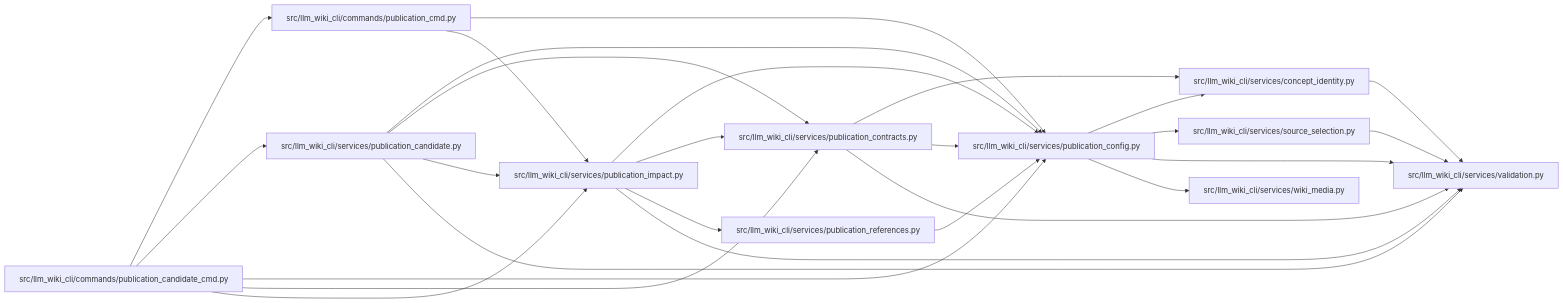
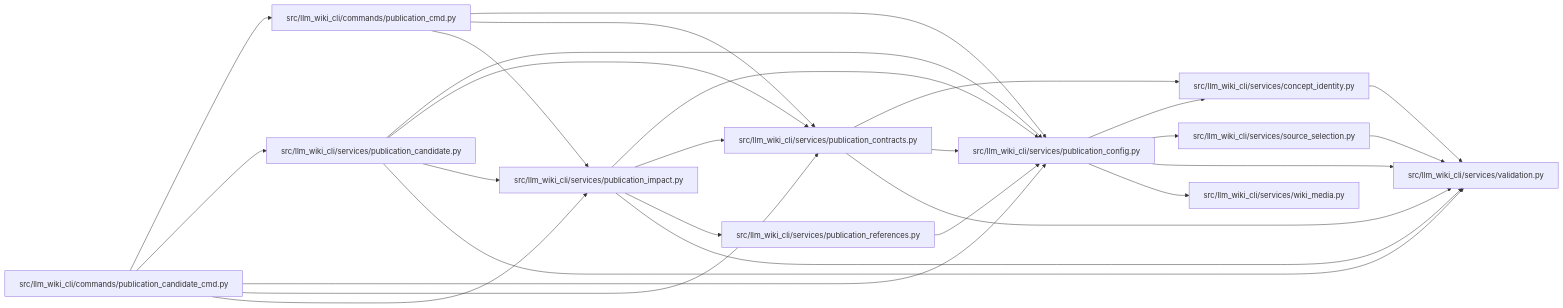
Before and after one commit to Denissvgn/python-wiki-llm: the diagram in docs/llm_wiki/modules/publication_config.md, drawn with Mermaid. The commit also changed 218 other files, not shown here.

````diff
--- a/docs/llm_wiki/modules/publication_config.md
+++ b/docs/llm_wiki/modules/publication_config.md
@@ -36,50 +36,51 @@
 ```mermaid
 flowchart LR
     n0["src/llm_wiki_cli/commands/publication_candidate_cmd.py"]
     n1["src/llm_wiki_cli/commands/publication_cmd.py"]
     n2["src/llm_wiki_cli/services/concept_identity.py"]
     n3["src/llm_wiki_cli/services/publication_candidate.py"]
     n4["src/llm_wiki_cli/services/publication_config.py"]
     n5["src/llm_wiki_cli/services/publication_contracts.py"]
     n6["src/llm_wiki_cli/services/publication_impact.py"]
     n7["src/llm_wiki_cli/services/publication_references.py"]
     n8["src/llm_wiki_cli/services/source_selection.py"]
     n9["src/llm_wiki_cli/services/validation.py"]
     n10["src/llm_wiki_cli/services/wiki_media.py"]
     n0 --> n1
     n0 --> n3
     n0 --> n4
     n0 --> n5
     n0 --> n6
     n1 --> n4
+    n1 --> n5
     n1 --> n6
     n2 --> n9
     n3 --> n4
     n3 --> n5
     n3 --> n6
     n3 --> n9
     n4 --> n2
     n4 --> n8
     n4 --> n9
     n4 --> n10
     n5 --> n2
     n5 --> n4
     n5 --> n9
     n6 --> n4
     n6 --> n5
     n6 --> n7
     n6 --> n9
     n7 --> n4
     n8 --> n9
     click n0 "../modules/publication_candidate_cmd.md"
     click n1 "../modules/publication_cmd.md"
     click n2 "../modules/concept_identity.md"
     click n3 "../modules/publication_candidate.md"
     click n4 "../modules/publication_config.md"
     click n5 "../modules/publication_contracts.md"
     click n6 "../modules/publication_impact.md"
     click n7 "../modules/publication_references.md"
     click n8 "../modules/source_selection.md"
     click n9 "../modules/validation.md"
     click n10 "../modules/wiki_media.md"
 ```
````
